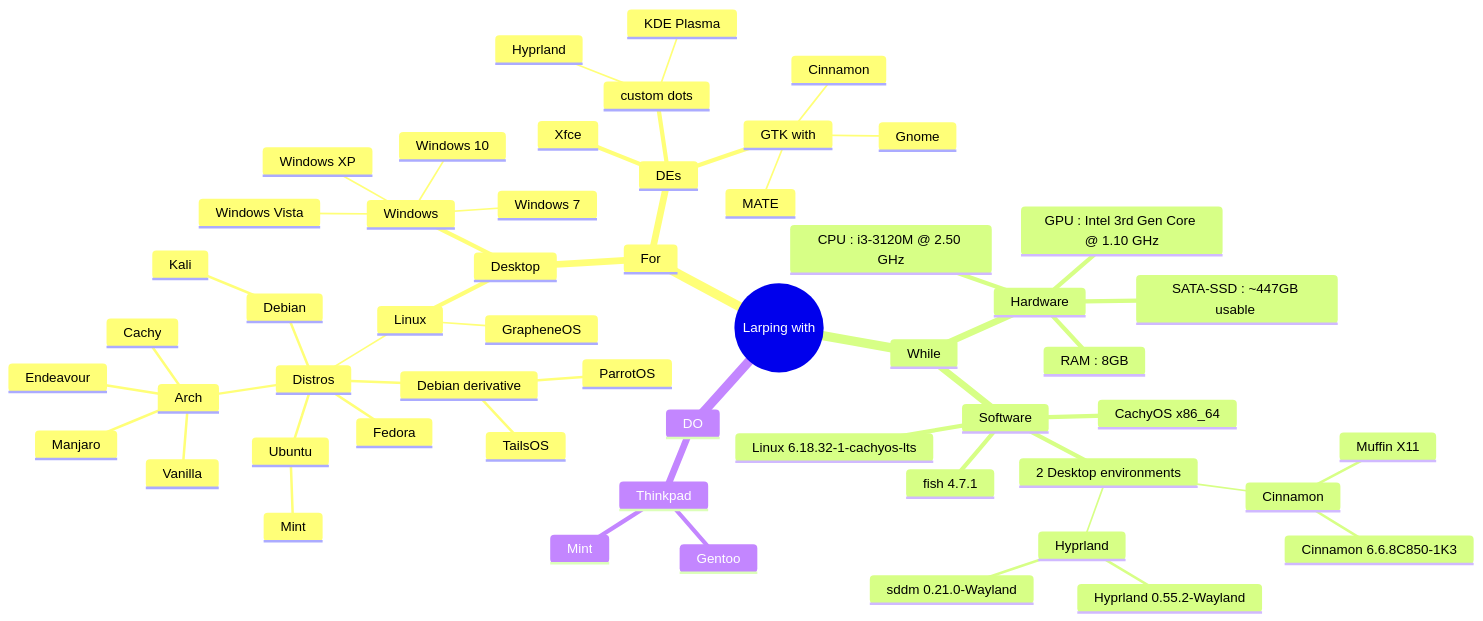
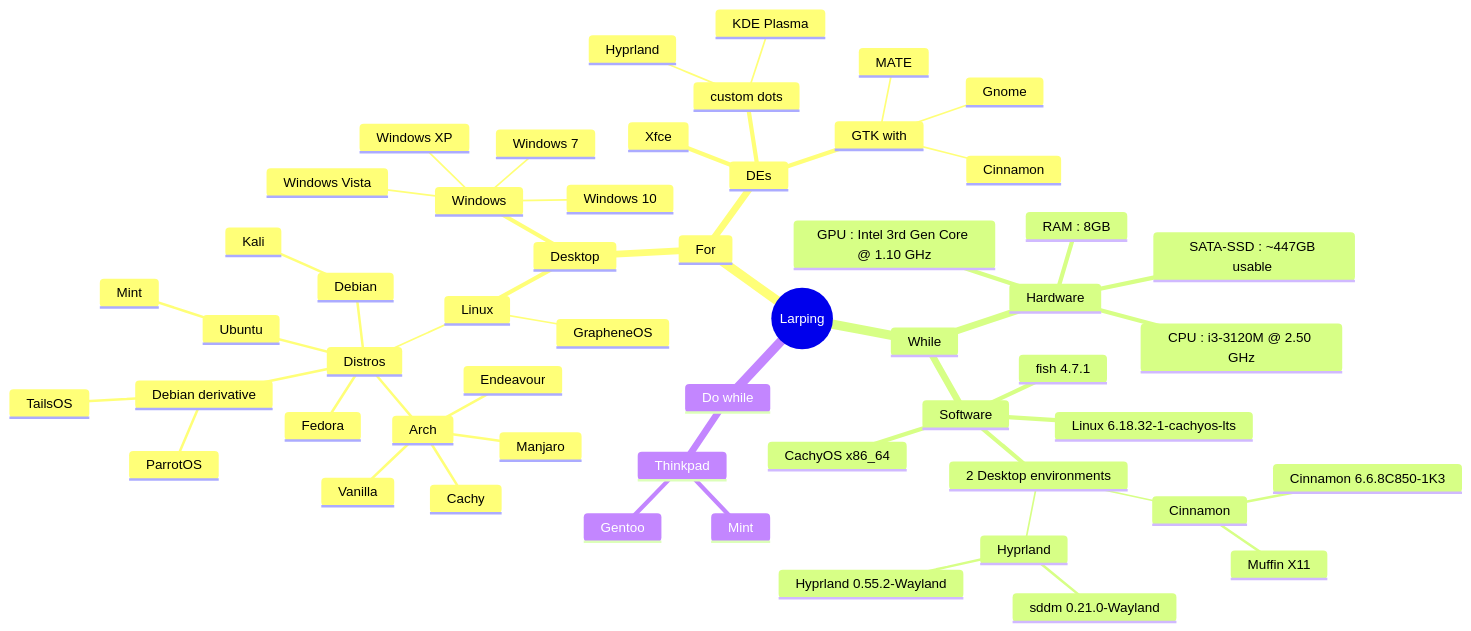
One commit to Chintanpatel24/Chintanpatel24 changed the diagram in README.md. Above: the diagram before and after it, drawn with Mermaid.

````diff
--- a/README.md
+++ b/README.md
@@ -4,58 +4,58 @@
 ```mermaid
 mindmap
-root((Larping with))
+root((Larping))
  For
   Desktop
    Windows
     Windows 7
     Windows XP
     Windows Vista
     Windows 10
    Linux
     GrapheneOS
     Distros
      Arch
       Endeavour
       Vanilla
       Cachy
       Manjaro
      Debian
       Kali
      Ubuntu
       Mint
      Fedora
      Debian derivative
       ParrotOS
       TailsOS
   DEs
    Xfce
    custom dots
     Hyprland
     KDE Plasma
    GTK with
     Cinnamon
     Gnome
     MATE
  While
   Hardware     
    GPU : Intel 3rd Gen Core @ 1.10 GHz
    CPU : i3-3120M @ 2.50 GHz
    RAM : 8GB
    SATA-SSD : ~447GB usable 
   Software
    2 Desktop environments
     Cinnamon 
      Muffin X11
      Cinnamon 6.6.8C850-1K3
     Hyprland
      Hyprland 0.55.2-Wayland
      sddm 0.21.0-Wayland
    CachyOS x86_64
    fish 4.7.1
    Linux 6.18.32-1-cachyos-lts
- DO
+ Do while
   Thinkpad
    Gentoo
    Mint
 
 ```
````
